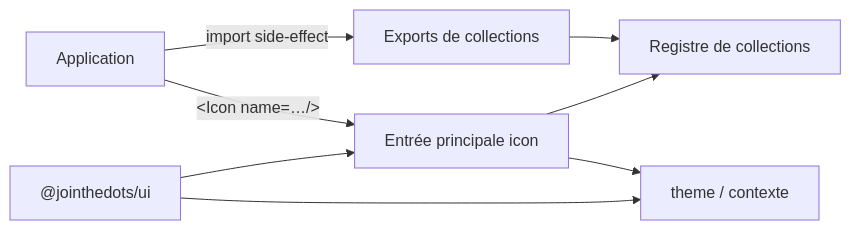
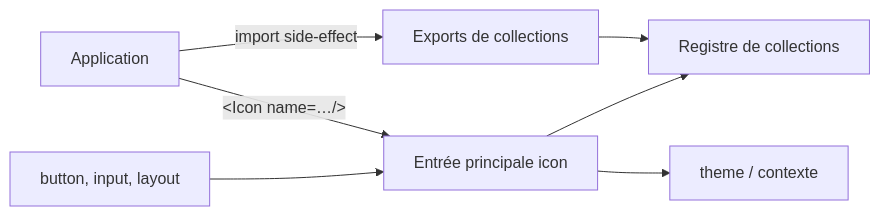
One commit to Join-The-Dots/jointhedots-ui changed the diagram in docs/icon.spec.md. Above: the diagram before and after it, drawn with Mermaid. The commit also changed other lines of this file and 84 other files, not shown here.

First line of the commit message:
feat: serve packages from sources and rework layout, input and button

````diff
--- a/docs/icon.spec.md
+++ b/docs/icon.spec.md
@@ -12,10 +12,9 @@
 ```mermaid
 flowchart LR
    App[Application] -->|"import side-effect"| Coll[Exports de collections]
    App -->|"&lt;Icon name=…/&gt;"| Core[Entrée principale icon]
    Core --> Registry[Registre de collections]
    Coll --> Registry
    Core --> Theme[theme / contexte]
-   UI["@jointhedots/ui"] --> Core
-   UI --> Theme
+   Comps["button, input, layout"] --> Core
 ```
````
